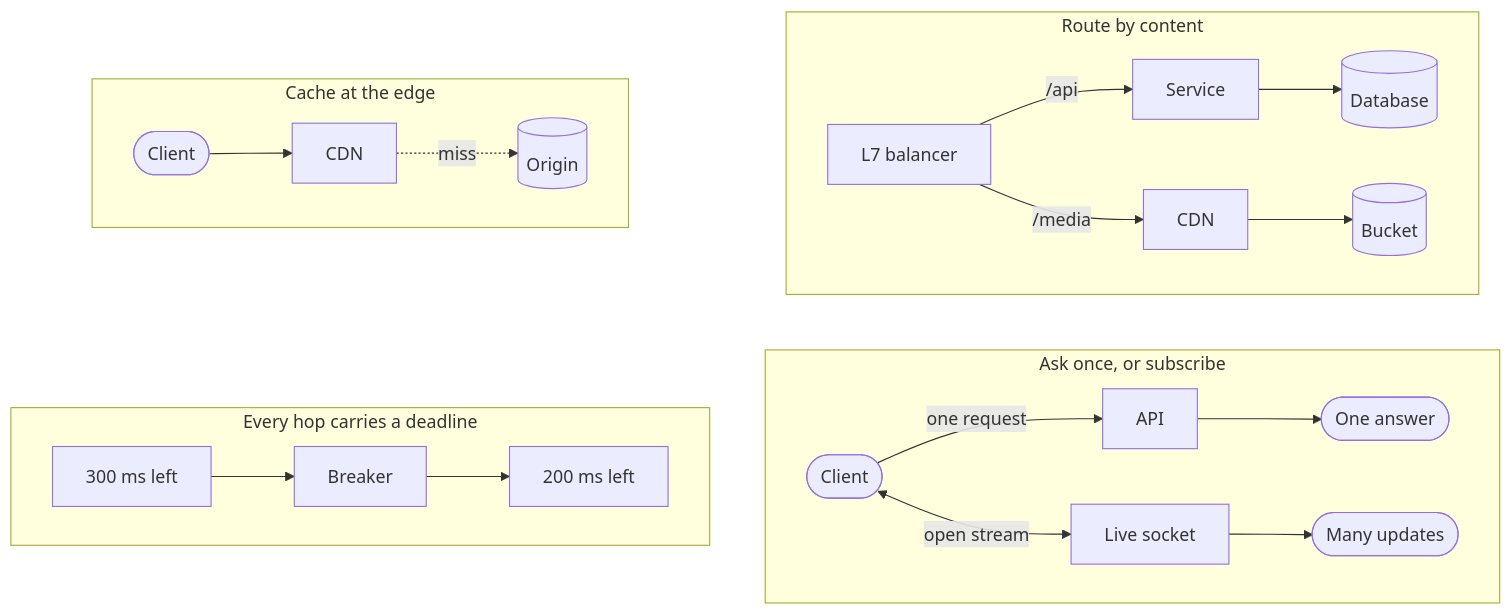
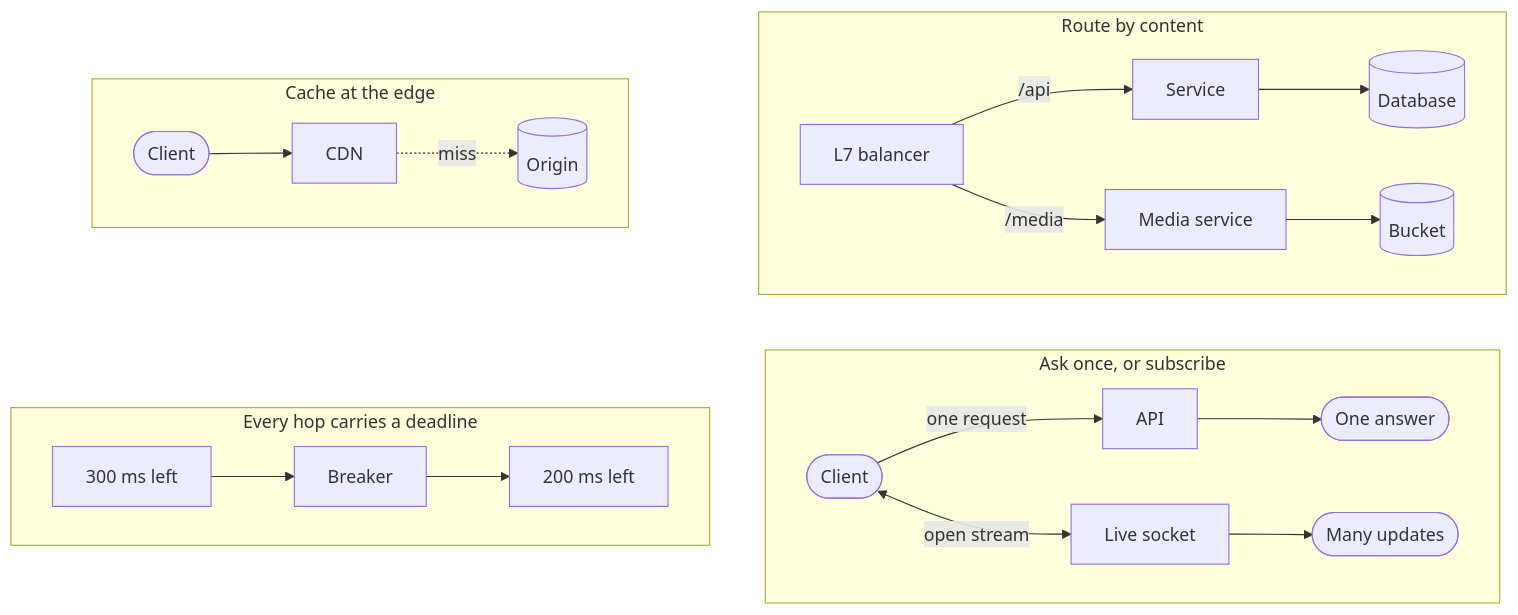
One commit to Laticent/lattice changed the ninth of 19 diagrams in examples/system-design-foundations.md. Above: the diagram before and after it, drawn with Mermaid. The commit also changed other lines of this file and 1 other file, not shown here.

````diff
--- a/examples/system-design-foundations.md
+++ b/examples/system-design-foundations.md
@@ -1269,23 +1269,23 @@
 ```mermaid
 flowchart TB
   subgraph b["Route by content"]
     direction LR
     B1["L7 balancer"] -->|"/api"| B2["Service"] --> B4[("Database")]
-    B1 -->|"/media"| B5["CDN"] --> B3[("Bucket")]
+    B1 -->|"/media"| B5["Media service"] --> B3[("Bucket")]
   end
   subgraph a["Cache at the edge"]
     direction LR
     A1(["Client"]) --> A2["CDN"] -.->|"miss"| A3[("Origin")]
   end
   subgraph d["Ask once, or subscribe"]
     direction LR
     D1(["Client"]) -->|"one request"| D2["API"] --> D4(["One answer"])
     D1 <-->|"open stream"| D3["Live socket"] --> D5(["Many updates"])
   end
   subgraph c["Every hop carries a deadline"]
     direction LR
     C1["300 ms left"] --> C2["Breaker"] --> C3["200 ms left"]
   end
   a ~~~ c
   b ~~~ d
 ```
````
